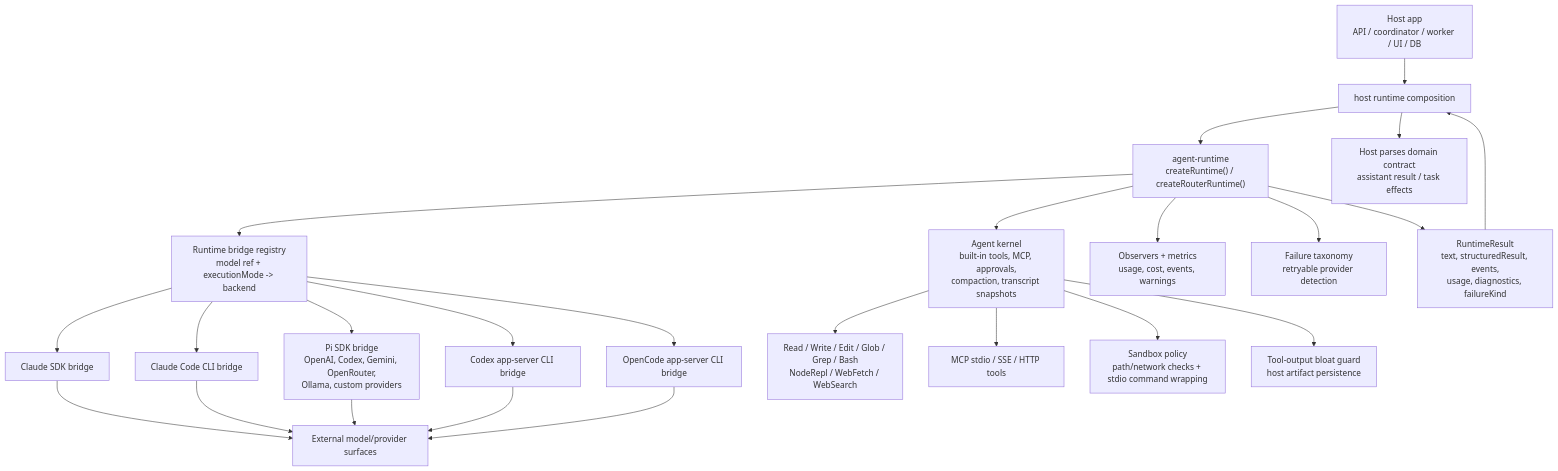
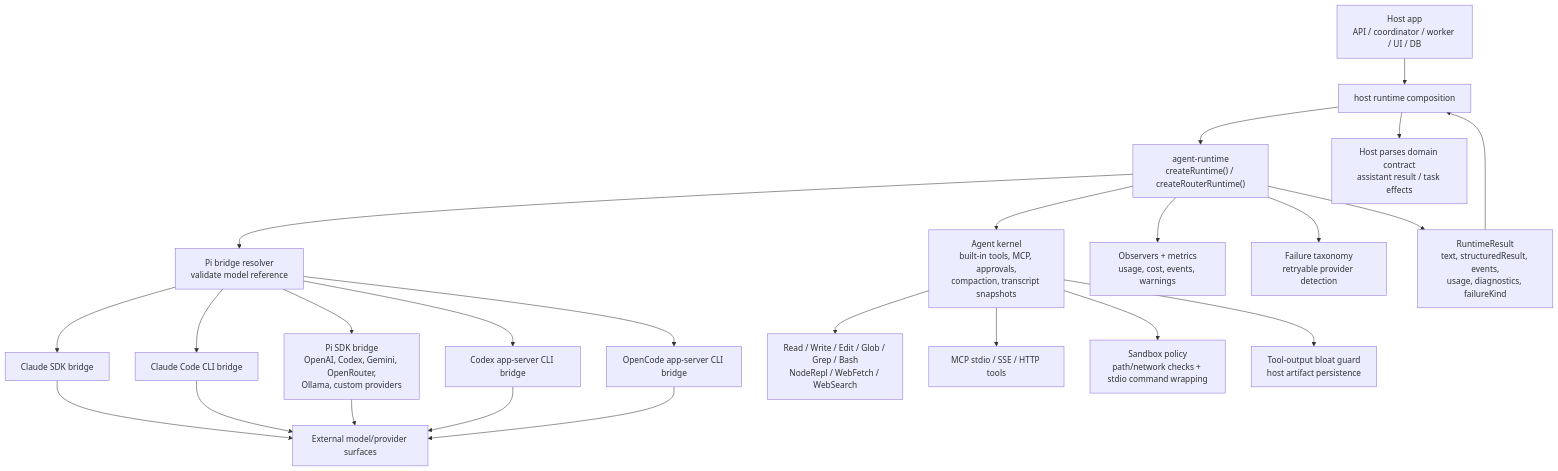
One commit to robertsreberski/mono-agent changed the first of 5 diagrams in packages/agent-runtime/ARCHITECTURE.md. Above: the diagram before and after it, drawn with Mermaid. The commit also changed other lines of this file and 305 other files, not shown here.

````diff
--- a/packages/agent-runtime/ARCHITECTURE.md
+++ b/packages/agent-runtime/ARCHITECTURE.md
@@ -32,32 +32,32 @@
 ```mermaid
 flowchart TB
   HostApp["Host app<br/>API / coordinator / worker / UI / DB"] --> CoreAI["host runtime composition"]
 
   CoreAI --> Runtime["agent-runtime<br/>createRuntime() / createRouterRuntime()"]
 
-  Runtime --> Registry["Runtime bridge registry<br/>model ref + executionMode -> backend"]
+  Runtime --> Registry["Pi bridge resolver<br/>validate model reference"]
   Runtime --> AgentKernel["Agent kernel<br/>built-in tools, MCP, approvals,<br/>compaction, transcript snapshots"]
   Runtime --> Observability["Observers + metrics<br/>usage, cost, events, warnings"]
   Runtime --> Failure["Failure taxonomy<br/>retryable provider detection"]
 
   Registry --> ClaudeSDK["Claude SDK bridge"]
   Registry --> ClaudeCLI["Claude Code CLI bridge"]
   Registry --> PiSDK["Pi SDK bridge<br/>OpenAI, Codex, Gemini, OpenRouter,<br/>Ollama, custom providers"]
   Registry --> CodexApp["Codex app-server CLI bridge"]
   Registry --> OpenCodeApp["OpenCode app-server CLI bridge"]
 
   AgentKernel --> Builtins["Read / Write / Edit / Glob / Grep / Bash<br/>NodeRepl / WebFetch / WebSearch"]
   AgentKernel --> MCP["MCP stdio / SSE / HTTP tools"]
   AgentKernel --> Sandbox["Sandbox policy<br/>path/network checks + stdio command wrapping"]
   AgentKernel --> Artifacts["Tool-output bloat guard<br/>host artifact persistence"]
 
   ClaudeSDK --> Providers["External model/provider surfaces"]
   ClaudeCLI --> Providers
   PiSDK --> Providers
   CodexApp --> Providers
   OpenCodeApp --> Providers
 
   Runtime --> Result["RuntimeResult<br/>text, structuredResult, events,<br/>usage, diagnostics, failureKind"]
   Result --> CoreAI
   CoreAI --> HostContract["Host parses domain contract<br/>assistant result / task effects"]
 ```
````
